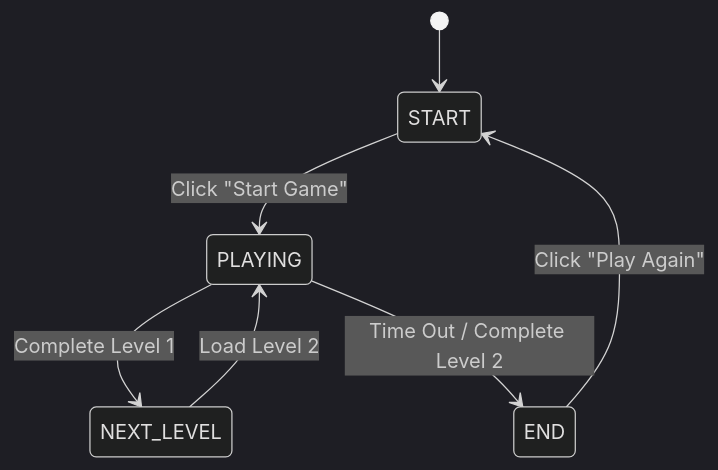
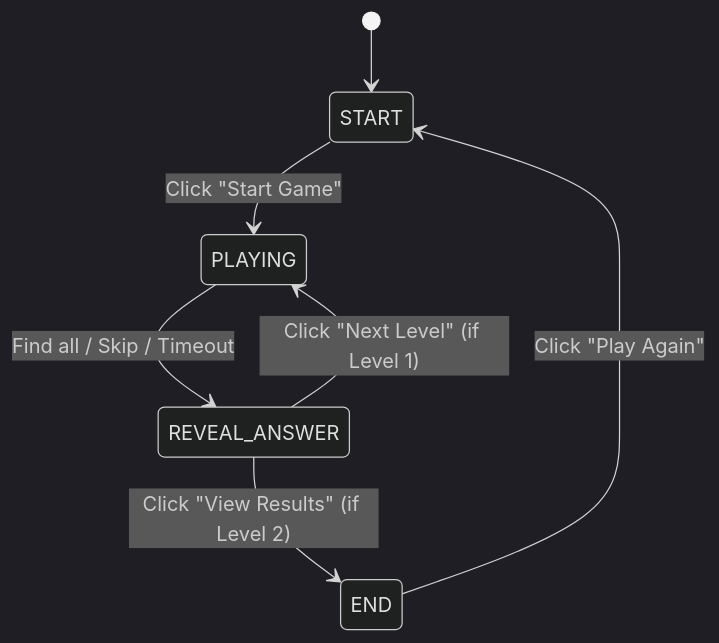
Before and after one commit to Aman050102/spot-differences: the diagram in docs/superpowers/specs/2026-07-05-spot-the-difference-design.md, drawn with Mermaid (dark theme). The commit also changed other lines of this file, not shown here.

Commit message:
docs: update spec to v2 with answer reveal, confetti, and landscape design

````diff
--- a/docs/superpowers/specs/2026-07-05-spot-the-difference-design.md
+++ b/docs/superpowers/specs/2026-07-05-spot-the-difference-design.md
@@ -42,9 +41,9 @@
 ```mermaid
 stateDiagram-v2
     [*] --> START
     START --> PLAYING : Click "Start Game"
-    PLAYING --> NEXT_LEVEL : Complete Level 1
-    NEXT_LEVEL --> PLAYING : Load Level 2
-    PLAYING --> END : Time Out / Complete Level 2
+    PLAYING --> REVEAL_ANSWER : Find all / Skip / Timeout
+    REVEAL_ANSWER --> PLAYING : Click "Next Level" (if Level 1)
+    REVEAL_ANSWER --> END : Click "View Results" (if Level 2)
     END --> START : Click "Play Again"
 ```
````
